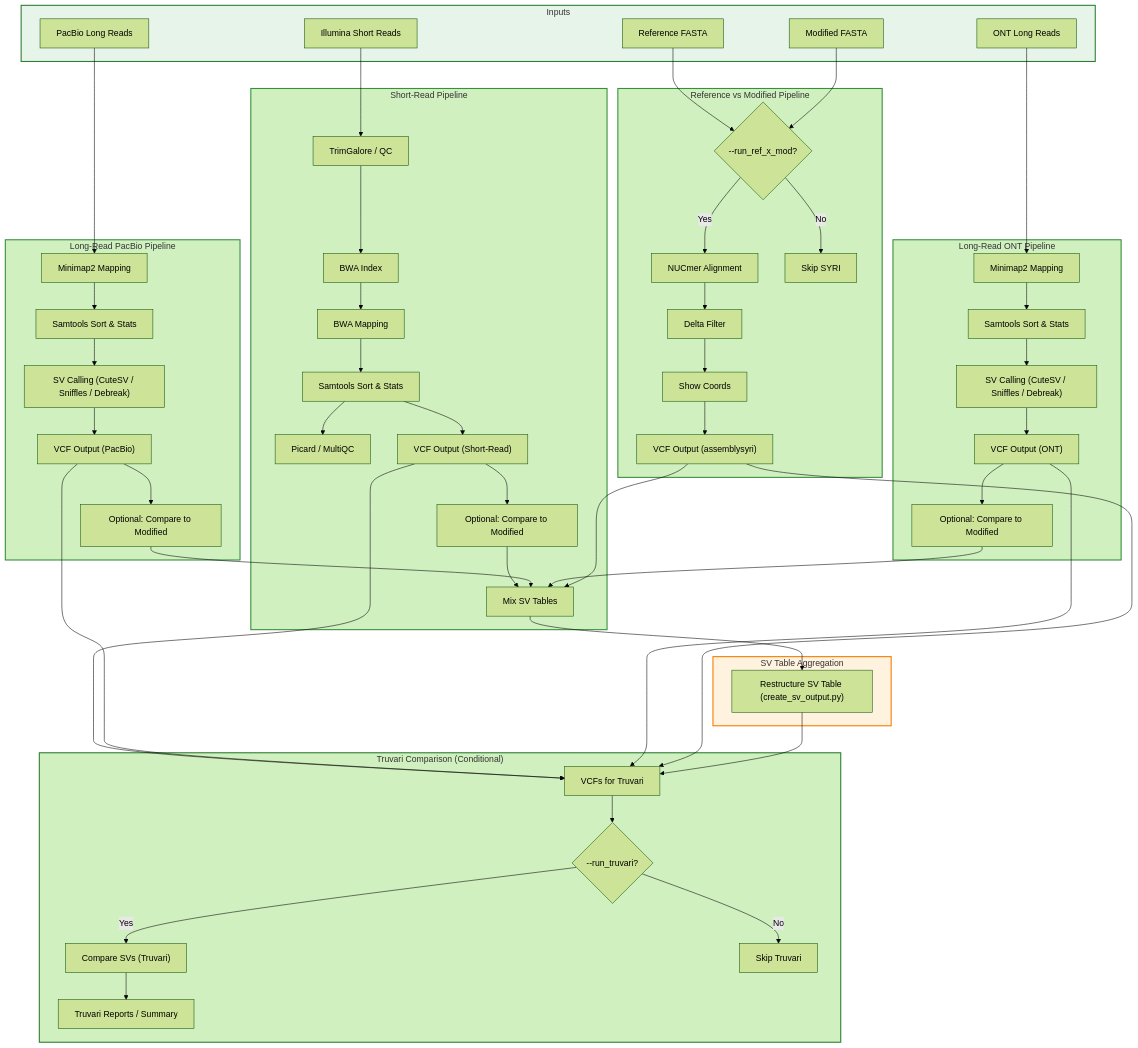
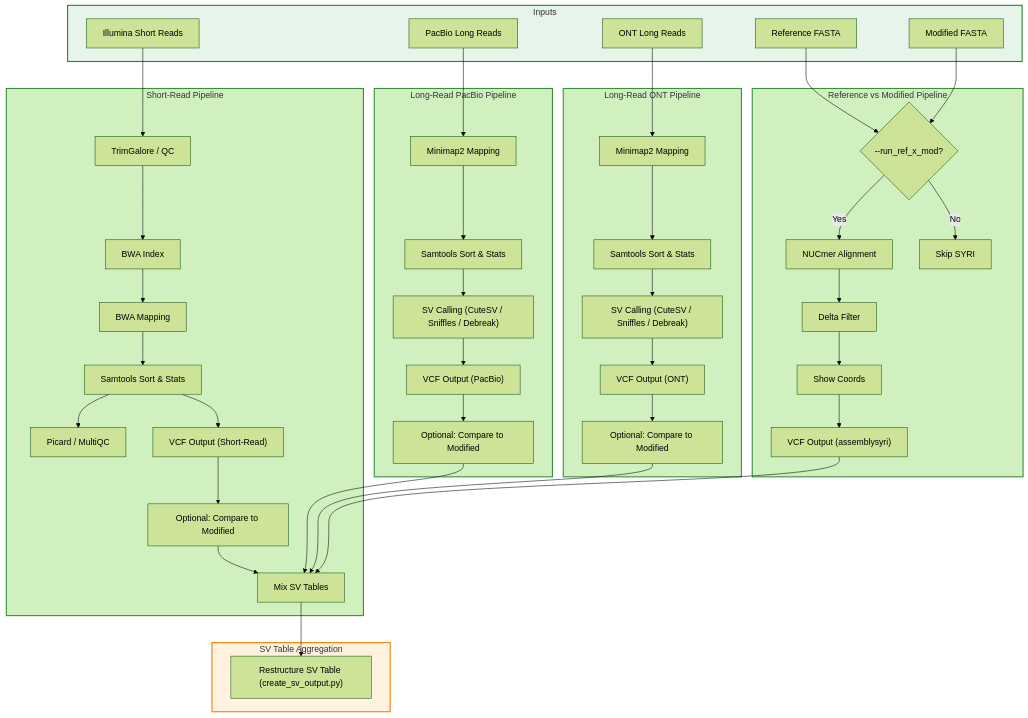
The diagram in docs/nextflow/pipeline-visualization.md (denisHanch/efsa_pipeline), drawn with Mermaid (forest theme) before and after one commit. The commit also changed other lines of this file and 24 other files, not shown here.

````diff
--- a/docs/nextflow/pipeline-visualization.md
+++ b/docs/nextflow/pipeline-visualization.md
@@ -5,82 +5,66 @@
 ```mermaid
 flowchart TD
     %% Inputs
     subgraph Inputs
         illumina["Illumina Short Reads"]
         pacbio["PacBio Long Reads"]
         ont["ONT Long Reads"]
         ref_fasta["Reference FASTA"]
         mod_fasta["Modified FASTA"]
     end
     style Inputs fill:#E6F4EA,stroke:#2E7D32,stroke-width:2px
 
     %% Short-read pipeline
     subgraph ShortReadPipeline["Short-Read Pipeline"]
         illumina --> trimgalore["TrimGalore / QC"]
         trimgalore --> bwa_index["BWA Index"]
         bwa_index --> bwa_map["BWA Mapping"]
         bwa_map --> samtools_sort["Samtools Sort & Stats"]
         samtools_sort --> picard["Picard / MultiQC"]
         samtools_sort --> sr_vcf["VCF Output (Short-Read)"]
         sr_vcf --> short_mod["Optional: Compare to Modified"]
         short_mod --> agg_tbl
     end
     style ShortReadPipeline fill:#D0F0C0,stroke:#388E3C,stroke-width:2px
 
     %% Long-read PacBio pipeline
     subgraph LongReadPacBio["Long-Read PacBio Pipeline"]
         pacbio --> minimap2_pb["Minimap2 Mapping"]
         minimap2_pb --> samtools_sort_pb["Samtools Sort & Stats"]
         samtools_sort_pb --> pb_sv["SV Calling (CuteSV / Sniffles / Debreak)"]
         pb_sv --> pb_vcf["VCF Output (PacBio)"]
         pb_vcf --> long_mod_pb["Optional: Compare to Modified"]
         long_mod_pb --> agg_tbl
     end
     style LongReadPacBio fill:#D0F0C0,stroke:#388E3C,stroke-width:2px
 
     %% Long-read ONT pipeline
     subgraph LongReadONT["Long-Read ONT Pipeline"]
         ont --> minimap2_ont["Minimap2 Mapping"]
         minimap2_ont --> samtools_sort_ont["Samtools Sort & Stats"]
         samtools_sort_ont --> ont_sv["SV Calling (CuteSV / Sniffles / Debreak)"]
         ont_sv --> ont_vcf["VCF Output (ONT)"]
         ont_vcf --> long_mod_ont["Optional: Compare to Modified"]
         long_mod_ont --> agg_tbl
     end
     style LongReadONT fill:#D0F0C0,stroke:#388E3C,stroke-width:2px
 
     %% Reference vs Modified pipeline
     subgraph RefVsMod["Reference vs Modified Pipeline"]
         ref_fasta --> run_ref_x_mod_decision{"--run_ref_x_mod?"}
         mod_fasta --> run_ref_x_mod_decision
         run_ref_x_mod_decision -->|Yes| nucmer["NUCmer Alignment"]
         run_ref_x_mod_decision -->|No| skip_syri["Skip SYRI"]
         nucmer --> delta_filter["Delta Filter"]
         delta_filter --> show_coords["Show Coords"]
         show_coords --> syri_vcf["VCF Output (assemblysyri)"]
         syri_vcf --> agg_tbl
     end
     style RefVsMod fill:#D0F0C0,stroke:#388E3C,stroke-width:2px
 
     %% SV table aggregation (central)
     subgraph SVTable["SV Table Aggregation"]
         agg_tbl["Mix SV Tables"] --> restructure["Restructure SV Table (create_sv_output.py)"]
     end
     style SVTable fill:#FFF3E0,stroke:#F57C00,stroke-width:2px
-
-    %% Truvari comparison (central)
-    subgraph Truvari["Truvari Comparison (Conditional)"]
-        sr_vcf --> truvari_in["VCFs for Truvari"]
-        pb_vcf --> truvari_in
-        ont_vcf --> truvari_in
-        syri_vcf --> truvari_in
-        truvari_in --> check_truvari{"--run_truvari?"}
-        check_truvari -->|Yes| truvari["Compare SVs (Truvari)"]
-        check_truvari -->|No| skip_truvari["Skip Truvari"]
-        truvari --> final_report["Truvari Reports / Summary"]
-    end
-    style Truvari fill:#D0F0C0,stroke:#2E7D32,stroke-width:2px
-
-    %% Central alignment
-    restructure --> truvari_in
 ```
````
